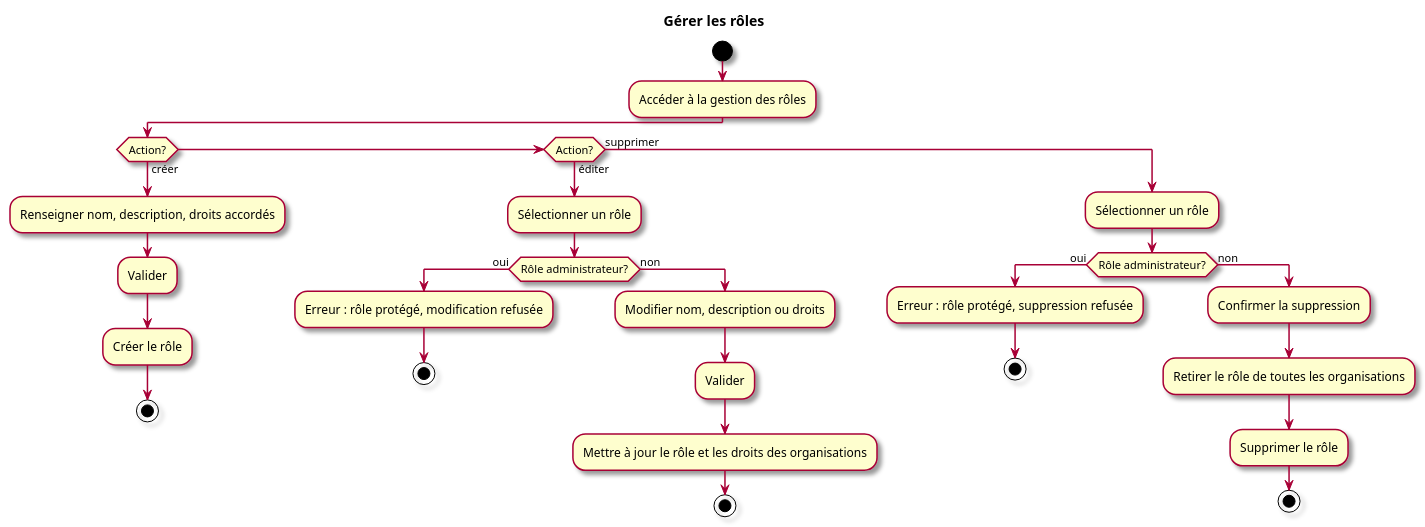
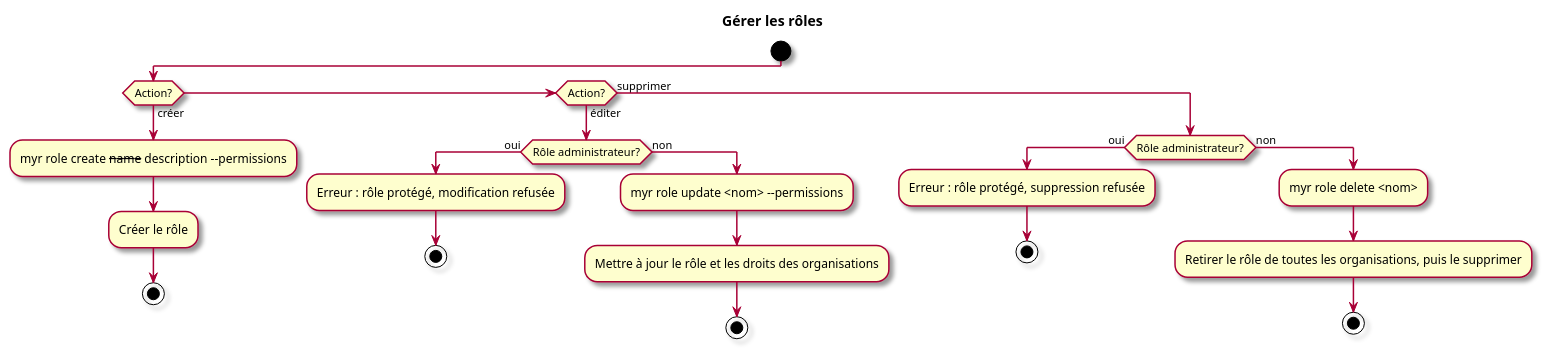
One commit to olivaux/myr changed the second of 2 diagrams in specs/1-Expression/UCADM-Administration/UCADM07.md. Above: the diagram before and after it, drawn with PlantUML. The commit also changed other lines of this file and 65 other files, not shown here.

````diff
--- a/specs/1-Expression/UCADM-Administration/UCADM07.md
+++ b/specs/1-Expression/UCADM-Administration/UCADM07.md
@@ -74,36 +73,30 @@
 ```plantuml
 @startuml
 skin rose
 title Gérer les rôles
 start
-:Accéder à la gestion des rôles;
 if (Action?) then (créer)
-  :Renseigner nom, description, droits accordés;
-  :Valider;
+  :myr role create --name --description --permissions;
   :Créer le rôle;
   stop
 else if (Action?) then (éditer)
-  :Sélectionner un rôle;
   if (Rôle administrateur?) then (oui)
     :Erreur : rôle protégé, modification refusée;
     stop
   else (non)
-    :Modifier nom, description ou droits;
-    :Valider;
+    :myr role update <nom> --permissions;
     :Mettre à jour le rôle et les droits des organisations;
     stop
   endif
 else (supprimer)
-  :Sélectionner un rôle;
   if (Rôle administrateur?) then (oui)
     :Erreur : rôle protégé, suppression refusée;
     stop
   else (non)
-    :Confirmer la suppression;
-    :Retirer le rôle de toutes les organisations;
-    :Supprimer le rôle;
+    :myr role delete <nom>;
+    :Retirer le rôle de toutes les organisations, puis le supprimer;
     stop
   endif
 endif
 @enduml
 ```
````
